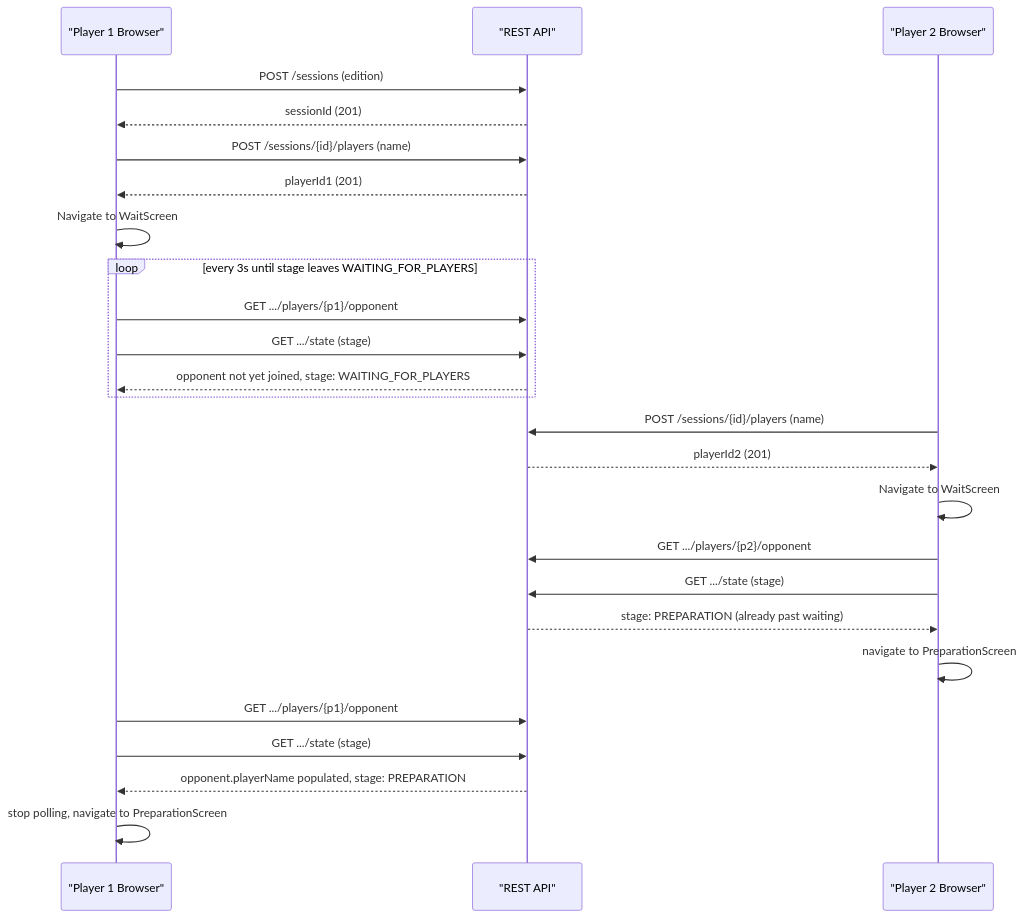
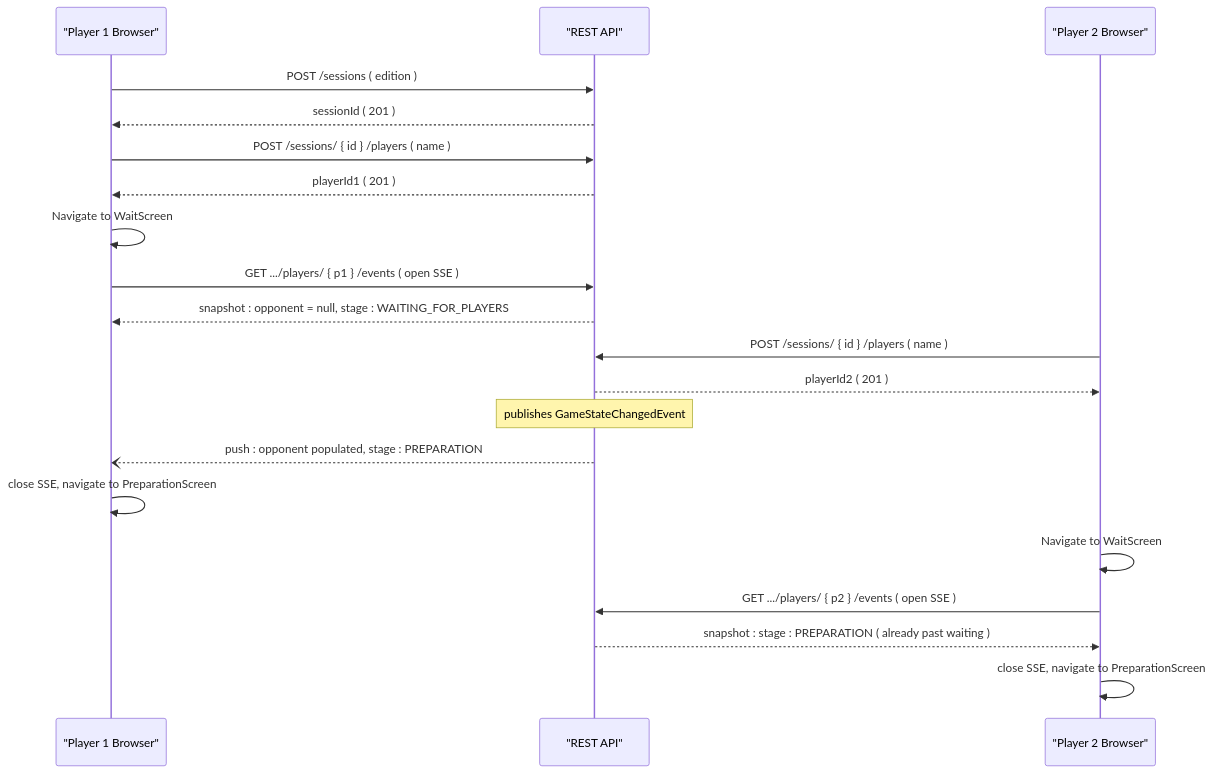
The second of 3 diagrams in docs/architecture.md (sanyokkua/battleship_java), drawn with Mermaid before and after one commit. The commit also changed other lines of this file and 16 other files, not shown here.

````diff
--- a/docs/architecture.md
+++ b/docs/architecture.md
@@ -92,31 +104,22 @@
 ```mermaid
 sequenceDiagram
     participant p1 as "Player 1 Browser"
     participant api as "REST API"
     participant p2 as "Player 2 Browser"
-
-    p1->>api: POST /sessions #40;edition#41;
-    api-->>p1: sessionId #40;201#41;
-    p1->>api: POST /sessions/#123;id#125;/players #40;name#41;
-    api-->>p1: playerId1 #40;201#41;
-    p1->>p1: Navigate to WaitScreen
-
-    loop every 3s until stage leaves WAITING_FOR_PLAYERS
-        p1->>api: GET .../players/#123;p1#125;/opponent
-        p1->>api: GET .../state #40;stage#41;
-        api-->>p1: opponent not yet joined, stage#58; WAITING_FOR_PLAYERS
-    end
-
-    p2->>api: POST /sessions/#123;id#125;/players #40;name#41;
-    api-->>p2: playerId2 #40;201#41;
-    p2->>p2: Navigate to WaitScreen
-    p2->>api: GET .../players/#123;p2#125;/opponent
-    p2->>api: GET .../state #40;stage#41;
-    api-->>p2: stage#58; PREPARATION #40;already past waiting#41;
-    p2->>p2: navigate to PreparationScreen
-
-    p1->>api: GET .../players/#123;p1#125;/opponent
-    p1->>api: GET .../state #40;stage#41;
-    api-->>p1: opponent.playerName populated, stage#58; PREPARATION
-    p1->>p1: stop polling, navigate to PreparationScreen
+    p1 ->> api: POST /sessions #40; edition #41;
+    api -->> p1: sessionId #40; 201 #41;
+    p1 ->> api: POST /sessions/ #123; id #125; /players #40; name #41;
+    api -->> p1: playerId1 #40; 201 #41;
+    p1 ->> p1: Navigate to WaitScreen
+    p1 ->> api: GET .../players/ #123; p1 #125; /events #40; open SSE #41;
+    api -->> p1: snapshot #58; opponent #61; null, stage #58; WAITING_FOR_PLAYERS
+    p2 ->> api: POST /sessions/ #123; id #125; /players #40; name #41;
+    api -->> p2: playerId2 #40; 201 #41;
+    Note over api: publishes GameStateChangedEvent
+    api --) p1: push #58; opponent populated, stage #58; PREPARATION
+    p1 ->> p1: close SSE, navigate to PreparationScreen
+    p2 ->> p2: Navigate to WaitScreen
+    p2 ->> api: GET .../players/ #123; p2 #125; /events #40; open SSE #41;
+    api -->> p2: snapshot #58; stage #58; PREPARATION #40; already past waiting #41;
+    p2 ->> p2: close SSE, navigate to PreparationScreen
 ```
````
